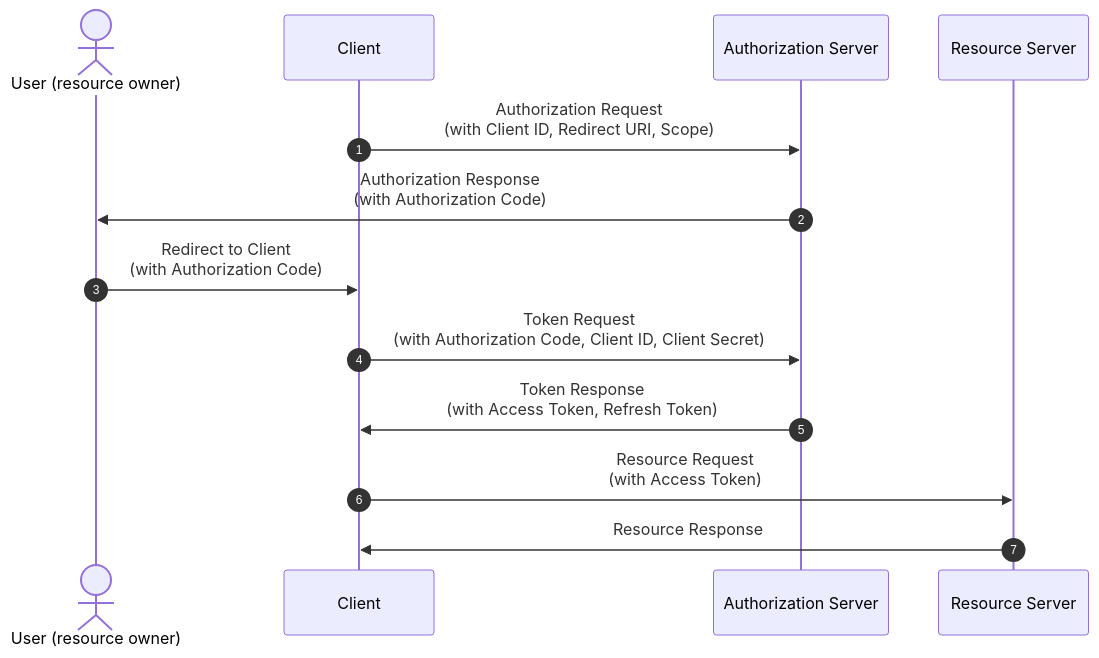
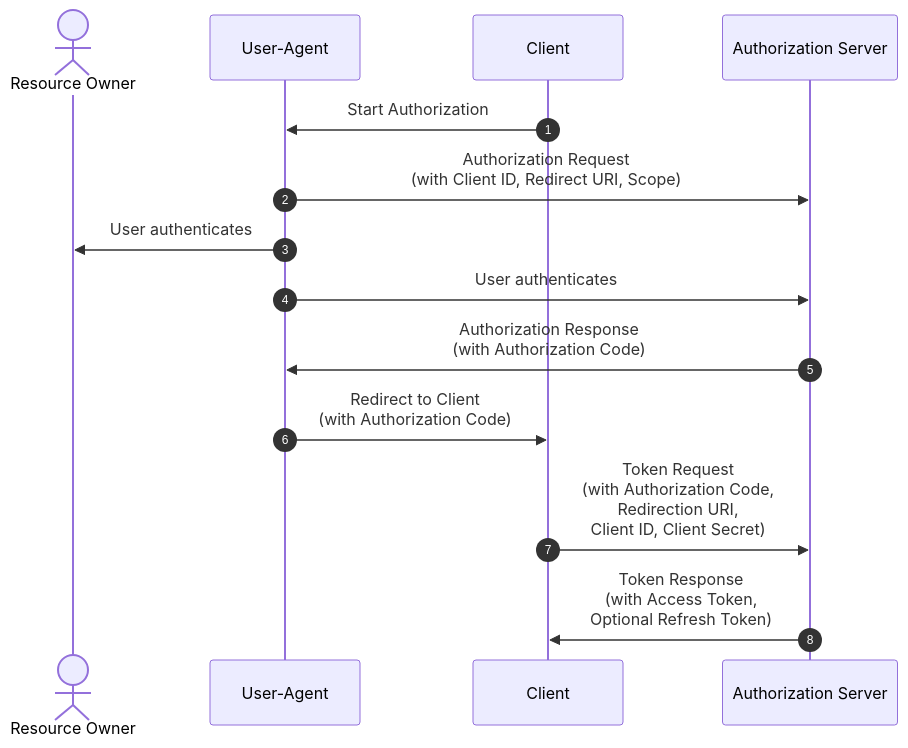
The fourth of 5 diagrams in content/posts/2023/08/23/make-own-oidc-provider/index.md (2paperstar/blog), drawn with Mermaid before and after one commit. The commit also changed other lines of this file, not shown here.

Commit message:
fix(make-own-oidc-provider): replace Authorization Code Grant diagram
with diagram in RFC

````diff
--- a/content/posts/2023/08/23/make-own-oidc-provider/index.md
+++ b/content/posts/2023/08/23/make-own-oidc-provider/index.md
@@ -183,15 +183,16 @@
 ```mermaid
 sequenceDiagram
   autonumber
-  actor U as User (resource owner)
+  actor O as Resource Owner
+  participant U as User-Agent
   participant C as Client
   participant A as Authorization Server
-  participant R as Resource Server
-  C->>A: Authorization Request<br/>(with Client ID, Redirect URI, Scope)
+  C->>U: Start Authorization
+  U->>A: Authorization Request<br/>(with Client ID, Redirect URI, Scope)
+  U->>O: User authenticates
+  U->>A: User authenticates
   A->>U: Authorization Response<br/>(with Authorization Code)
   U->>C: Redirect to Client<br/>(with Authorization Code)
-  C->>A: Token Request<br/>(with Authorization Code, Client ID, Client Secret)
-  A->>C: Token Response<br/>(with Access Token, Refresh Token)
-  C->>R: Resource Request<br/>(with Access Token)
-  R->>C: Resource Response
+  C->>A: Token Request<br/>(with Authorization Code,<br/>Redirection URI,<br/>Client ID, Client Secret)
+  A->>C: Token Response<br/>(with Access Token,<br/>Optional Refresh Token)
 ```
````
